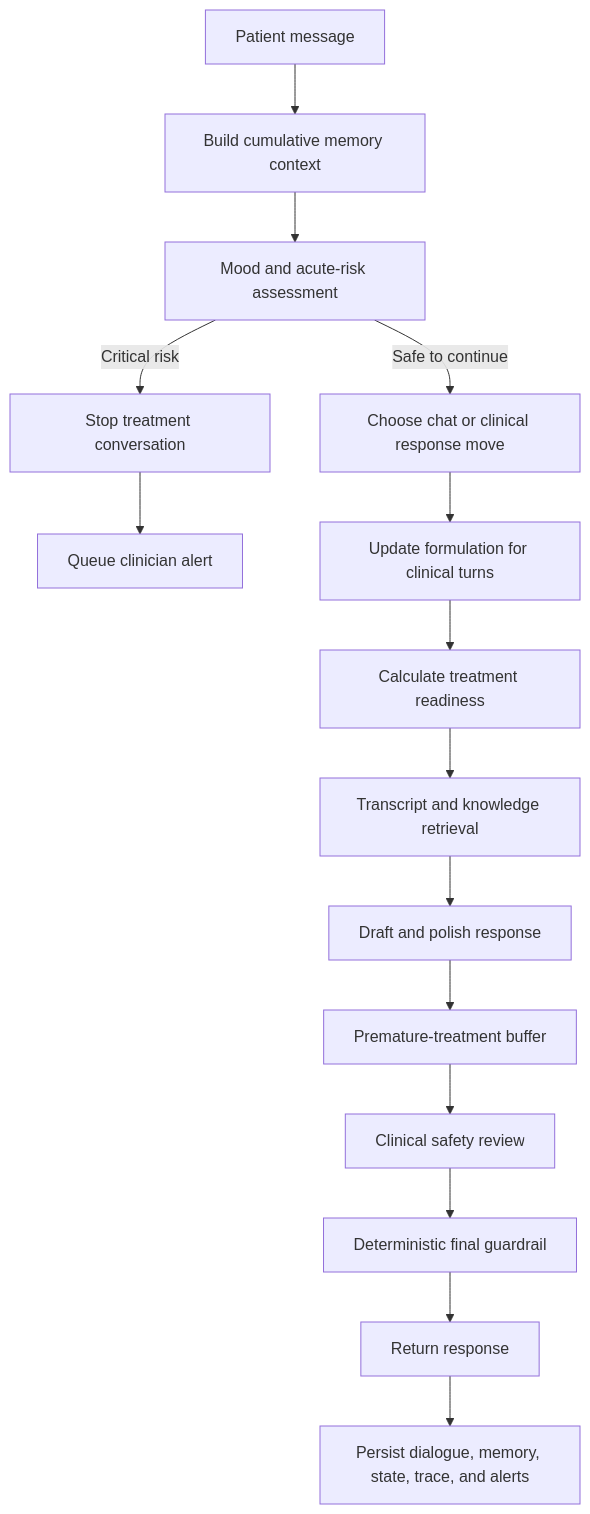
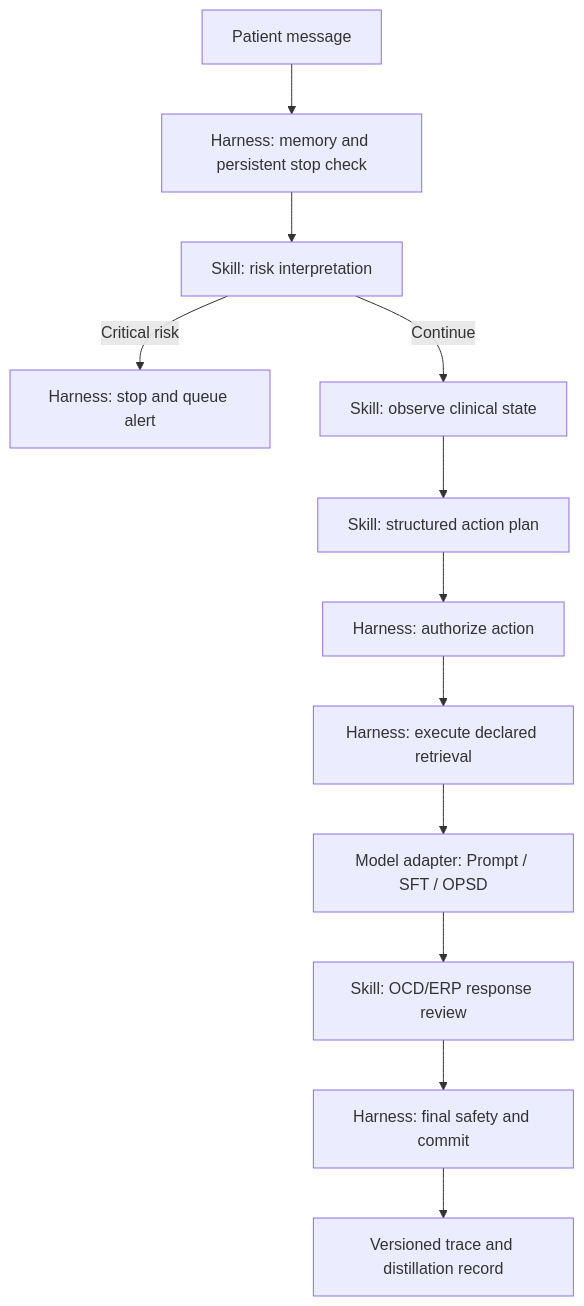
Before and after one commit to yyifan-Onyen/digital_doctor: the diagram in README.md, drawn with Mermaid. The commit also changed other lines of this file and 389 other files, not shown here.

Commit message:
Refactor runtime into harness and clinical skill

````diff
--- a/README.md
+++ b/README.md
@@ -27,17 +29,14 @@
 ```mermaid
 flowchart TD
-    A[Patient message] --> B[Build cumulative memory context]
-    B --> C[Mood and acute-risk assessment]
-    C -->|Critical risk| D[Stop treatment conversation]
-    D --> E[Queue clinician alert]
-    C -->|Safe to continue| F[Choose chat or clinical response move]
-    F --> G[Update formulation for clinical turns]
-    G --> H[Calculate treatment readiness]
-    H --> I[Transcript and knowledge retrieval]
-    I --> J[Draft and polish response]
-    J --> K[Premature-treatment buffer]
-    K --> L[Clinical safety review]
-    L --> M[Deterministic final guardrail]
-    M --> N[Return response]
-    N --> O[Persist dialogue, memory, state, trace, and alerts]
+    A[Patient message] --> B[Harness: memory and persistent stop check]
+    B --> C[Skill: risk interpretation]
+    C -->|Critical risk| D[Harness: stop and queue alert]
+    C -->|Continue| E[Skill: observe clinical state]
+    E --> F[Skill: structured action plan]
+    F --> G[Harness: authorize action]
+    G --> H[Harness: execute declared retrieval]
+    H --> I[Model adapter: Prompt / SFT / OPSD]
+    I --> J[Skill: OCD/ERP response review]
+    J --> K[Harness: final safety and commit]
+    K --> L[Versioned trace and distillation record]
 ```
````
